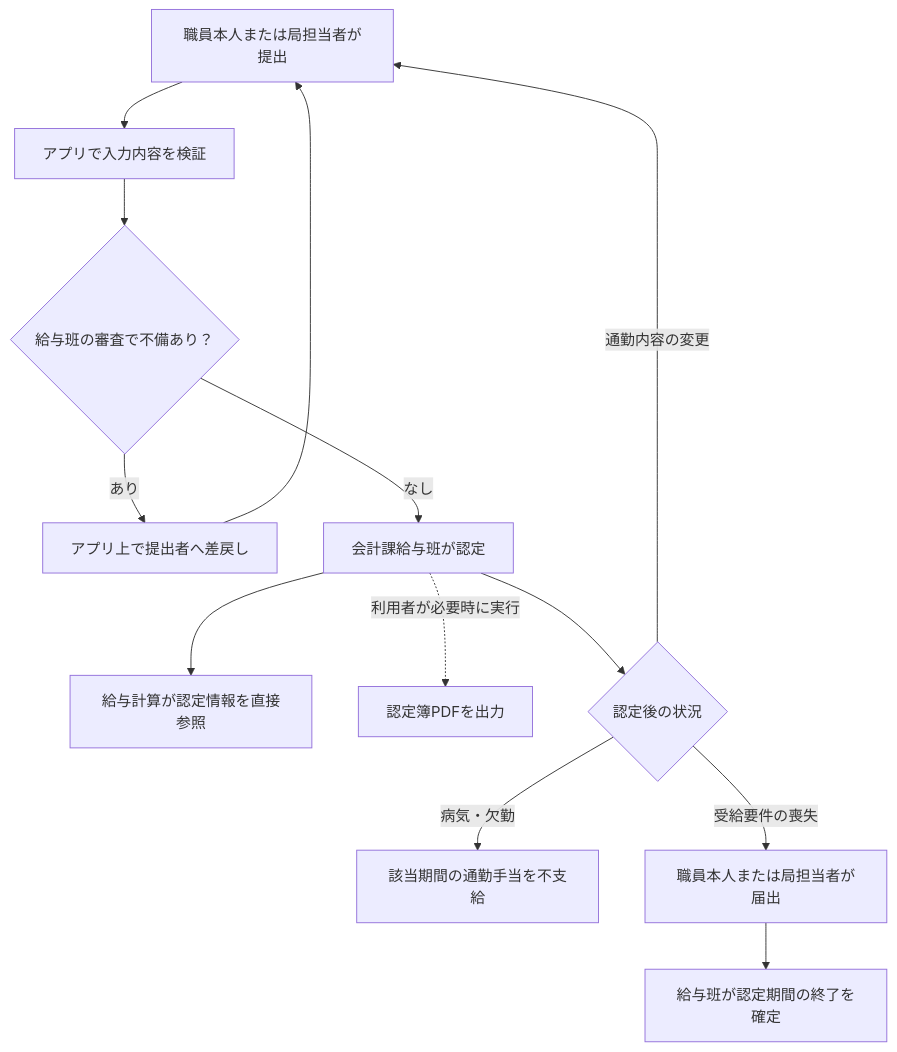
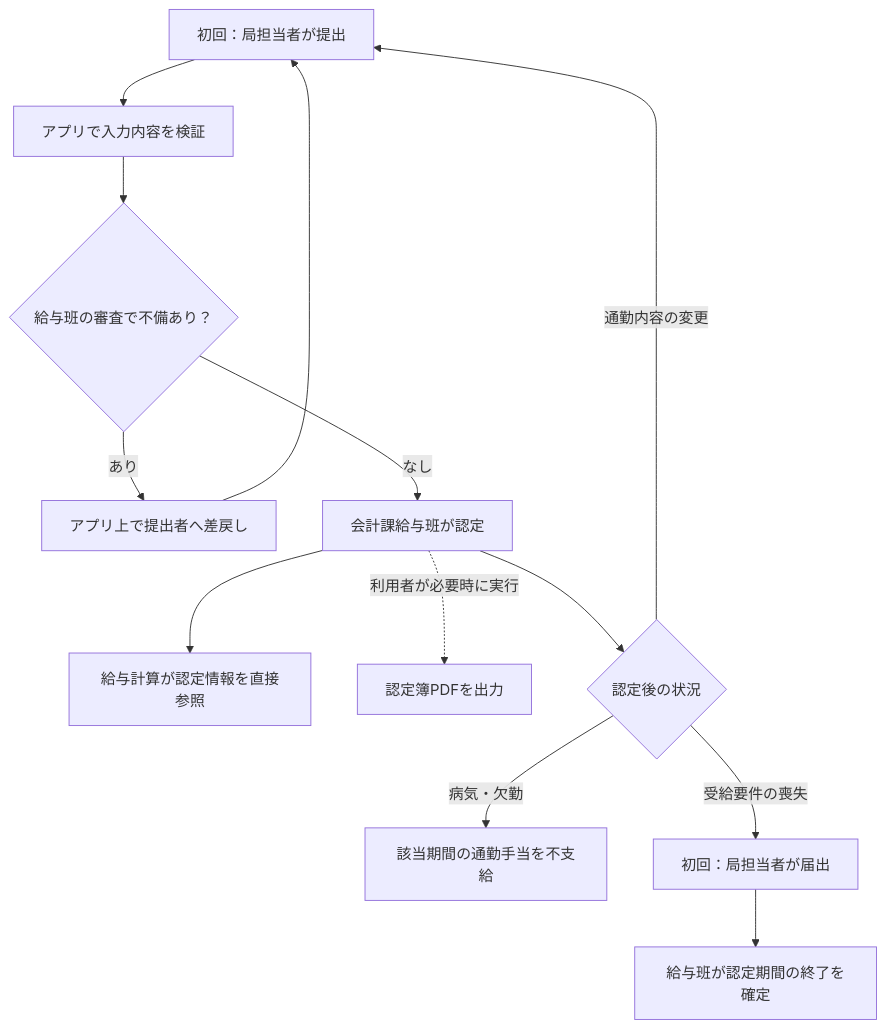
One commit to hirokazu601218/PowerAppsCanvasAppUI changed the third of 4 diagrams in docs/requirements/business-requirements.md. Above: the diagram before and after it, drawn with Mermaid. The commit also changed other lines of this file and 18 other files, not shown here.

````diff
--- a/docs/requirements/business-requirements.md
+++ b/docs/requirements/business-requirements.md
@@ -165,14 +167,14 @@
 ```mermaid
 flowchart TB
-    S["職員本人または局担当者が提出"] --> V["アプリで入力内容を検証"]
+    S["初回：局担当者が提出"] --> V["アプリで入力内容を検証"]
     V --> J{"給与班の審査で不備あり？"}
     J -->|"あり"| R["アプリ上で提出者へ差戻し"] --> S
     J -->|"なし"| N["会計課給与班が認定"]
     N --> P["給与計算が認定情報を直接参照"]
     N -.->|"利用者が必要時に実行"| D["認定簿PDFを出力"]
     N --> H{"認定後の状況"}
     H -->|"通勤内容の変更"| S
     H -->|"病気・欠勤"| U["該当期間の通勤手当を不支給"]
-    H -->|"受給要件の喪失"| L["職員本人または局担当者が届出"]
+    H -->|"受給要件の喪失"| L["初回：局担当者が届出"]
     L --> T["給与班が認定期間の終了を確定"]
 ```
````
